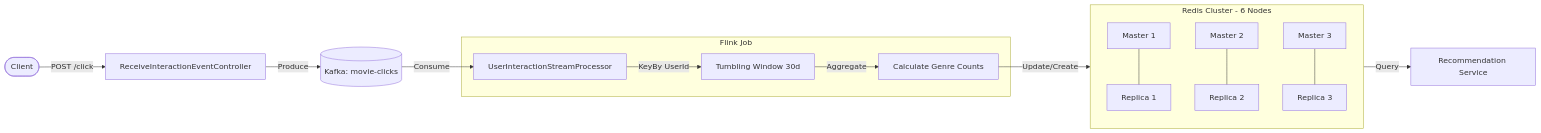
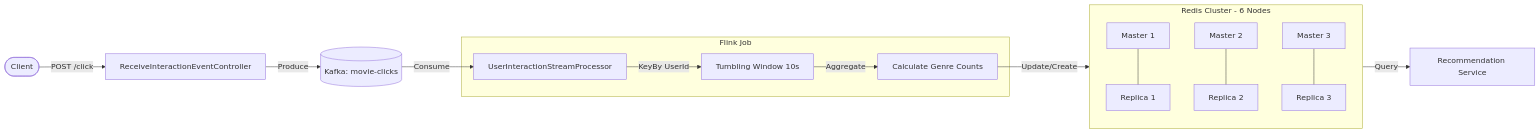
The diagram in README.md (NTD98/RecommendationService), drawn with Mermaid before and after one commit.

Commit message:
- modify readme

````diff
--- a/README.md
+++ b/README.md
@@ -31,20 +31,20 @@
 ```mermaid
 graph LR
     Client([Client]) -- POST /click --> Controller[ReceiveInteractionEventController]
     Controller -- Produce --> Kafka[(Kafka: movie-clicks)]
     Kafka -- Consume --> Flink[UserInteractionStreamProcessor]
     subgraph Flink Job
-        Flink -- KeyBy UserId --> Window[Tumbling Window 30d]
+        Flink -- KeyBy UserId --> Window[Tumbling Window 10s]
         Window -- Aggregate --> Logic[Calculate Genre Counts]
     end
     Logic -- Update/Create --> RedisCluster
     
     subgraph RedisCluster [Redis Cluster - 6 Nodes]
         direction TB
         M1[Master 1] --- R1[Replica 1]
         M2[Master 2] --- R2[Replica 2]
         M3[Master 3] --- R3[Replica 3]
     end
     
     RedisCluster -- Query --> Recommendation[Recommendation Service]
 ```
````
